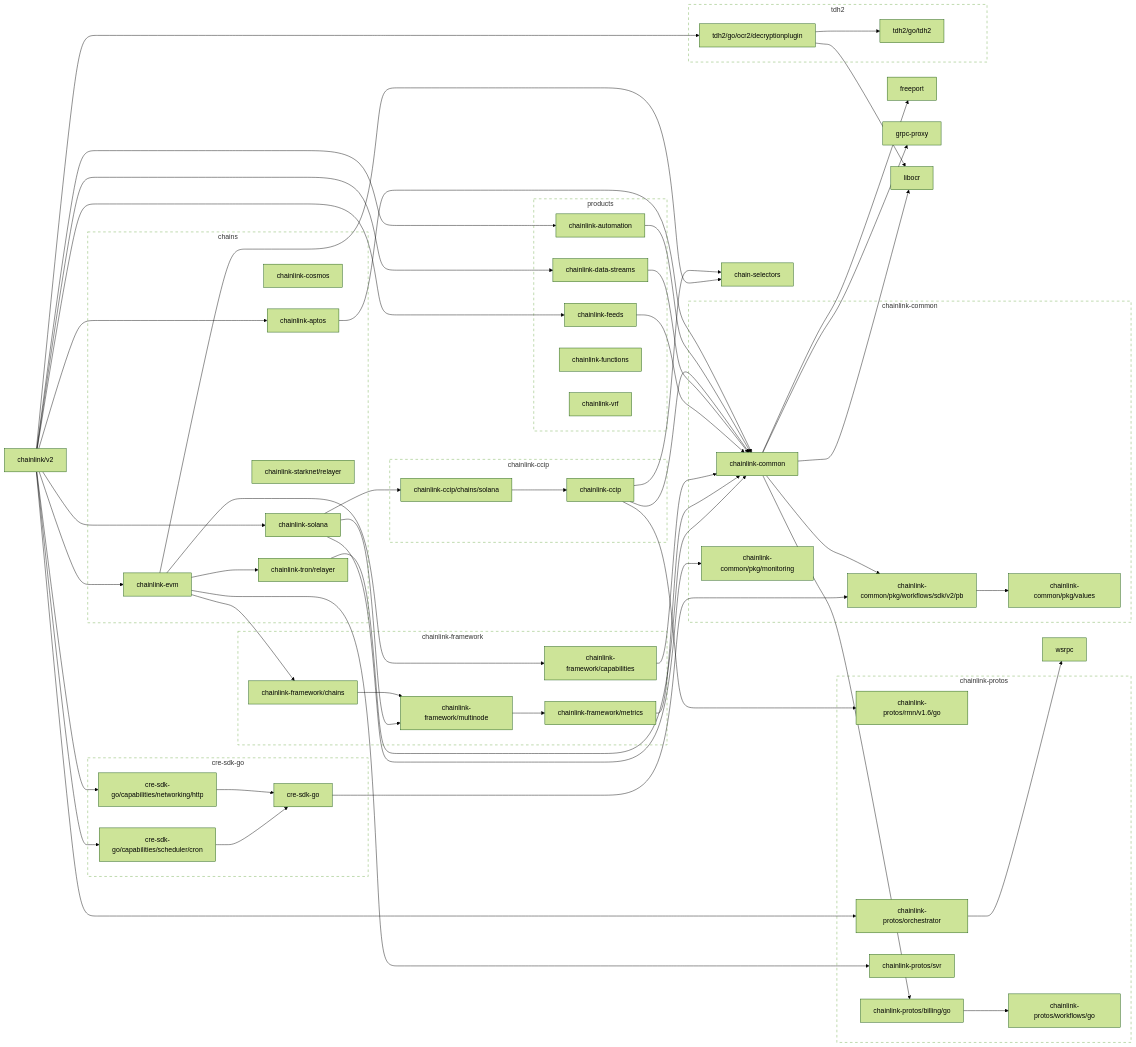
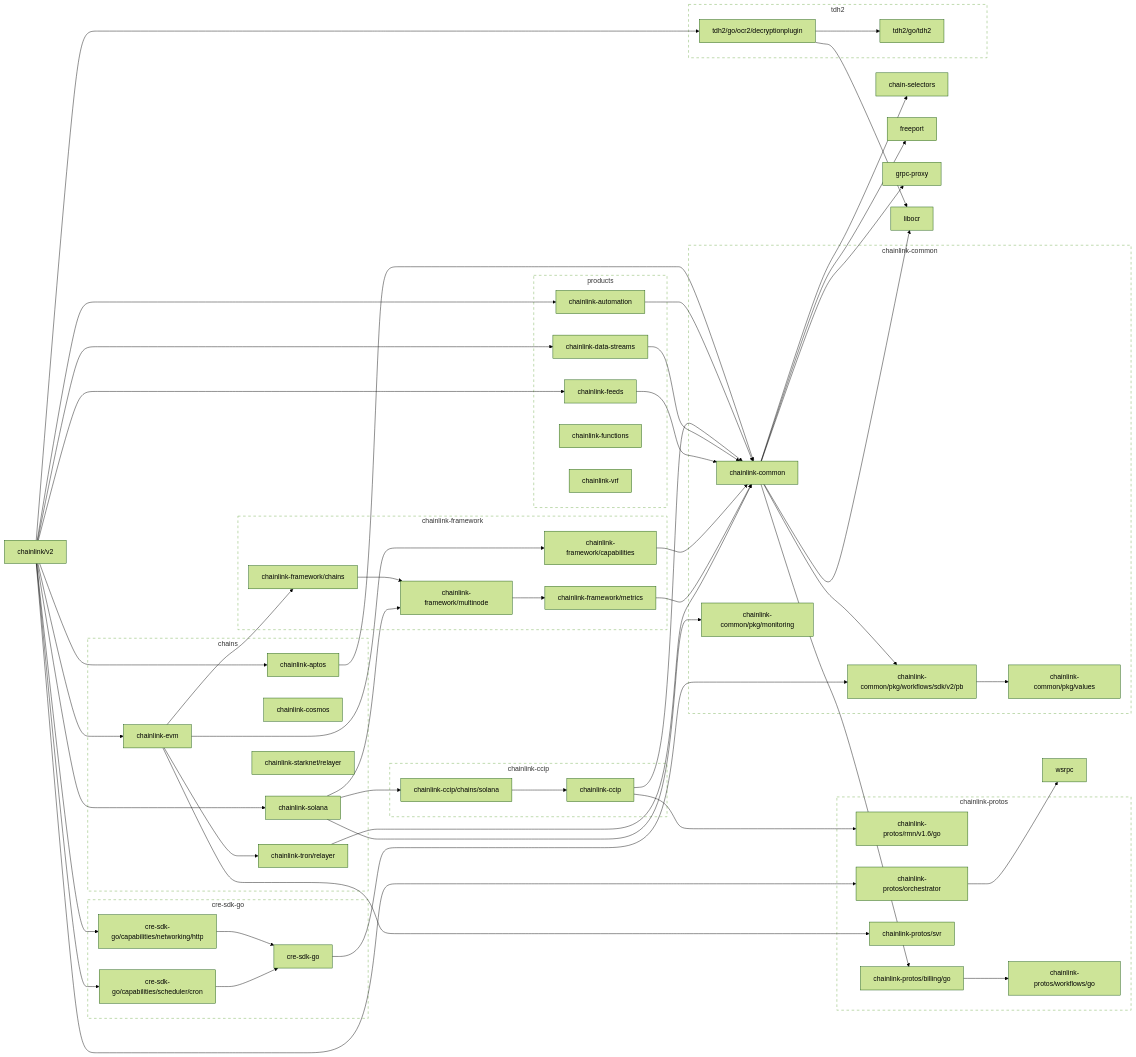
Before and after one commit to JohnDaWalka/chainlink: the first of 2 diagrams in go.md, drawn with Mermaid (forest theme). The commit also changed other lines of this file and 16 other files, not shown here.

```diff
--- a/go.md
+++ b/go.md
@@ -28,12 +28,12 @@
 	click chainlink-aptos href "https://github.com/smartcontractkit/chainlink-aptos"
 	chainlink-automation --> chainlink-common
 	click chainlink-automation href "https://github.com/smartcontractkit/chainlink-automation"
-	chainlink-ccip --> chain-selectors
 	chainlink-ccip --> chainlink-common
 	chainlink-ccip --> chainlink-protos/rmn/v1.6/go
 	click chainlink-ccip href "https://github.com/smartcontractkit/chainlink-ccip"
 	chainlink-ccip/chains/solana --> chainlink-ccip
 	click chainlink-ccip/chains/solana href "https://github.com/smartcontractkit/chainlink-ccip"
+	chainlink-common --> chain-selectors
 	chainlink-common --> chainlink-common/pkg/workflows/sdk/v2/pb
 	chainlink-common --> chainlink-protos/billing/go
 	chainlink-common --> freeport
@@ -48,7 +48,6 @@
 	click chainlink-common/pkg/workflows/sdk/v2/pb href "https://github.com/smartcontractkit/chainlink-common"
 	chainlink-data-streams --> chainlink-common
 	click chainlink-data-streams href "https://github.com/smartcontractkit/chainlink-data-streams"
-	chainlink-evm --> chain-selectors
 	chainlink-evm --> chainlink-framework/capabilities
 	chainlink-evm --> chainlink-framework/chains
 	chainlink-evm --> chainlink-protos/svr
```
